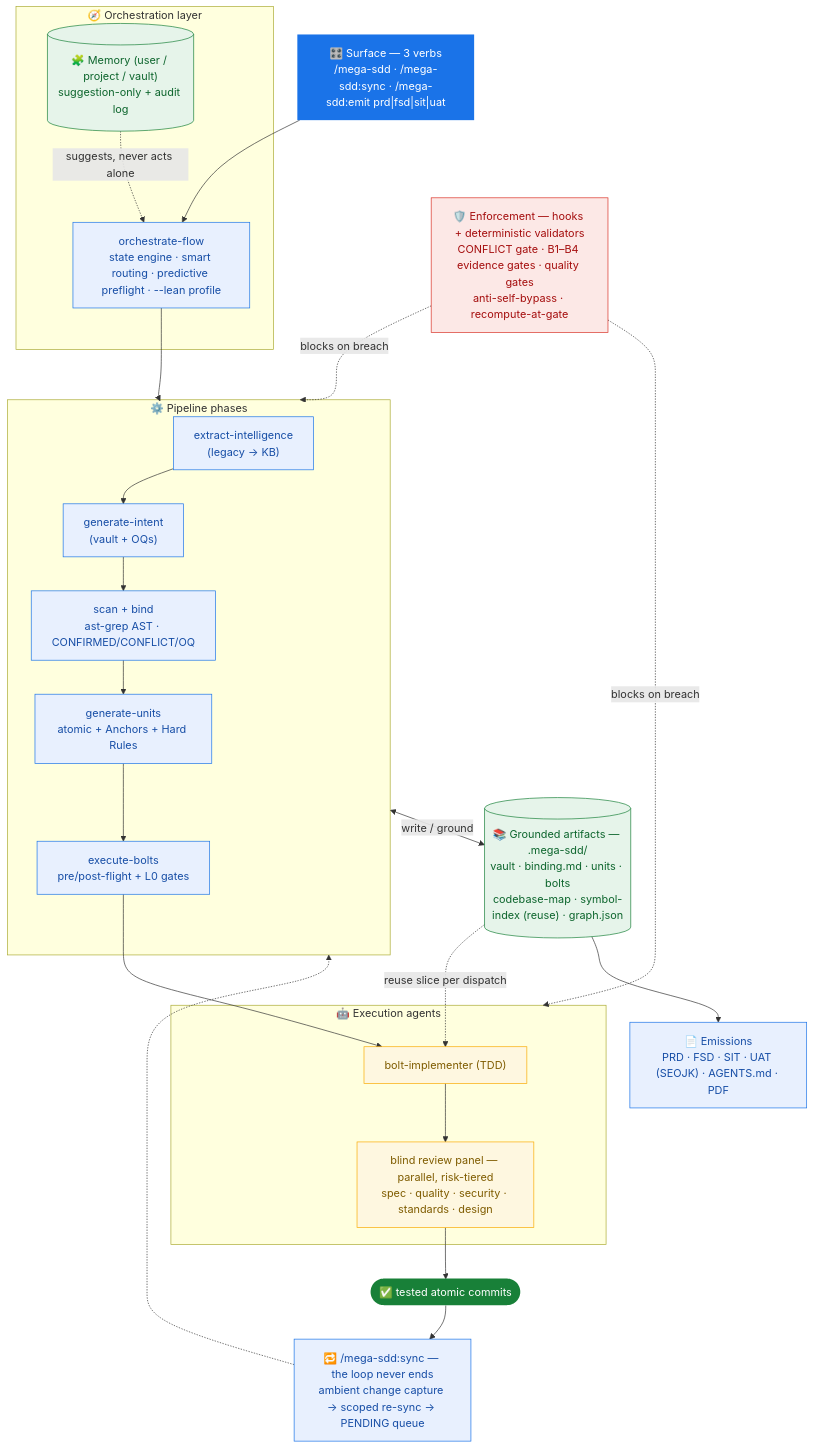
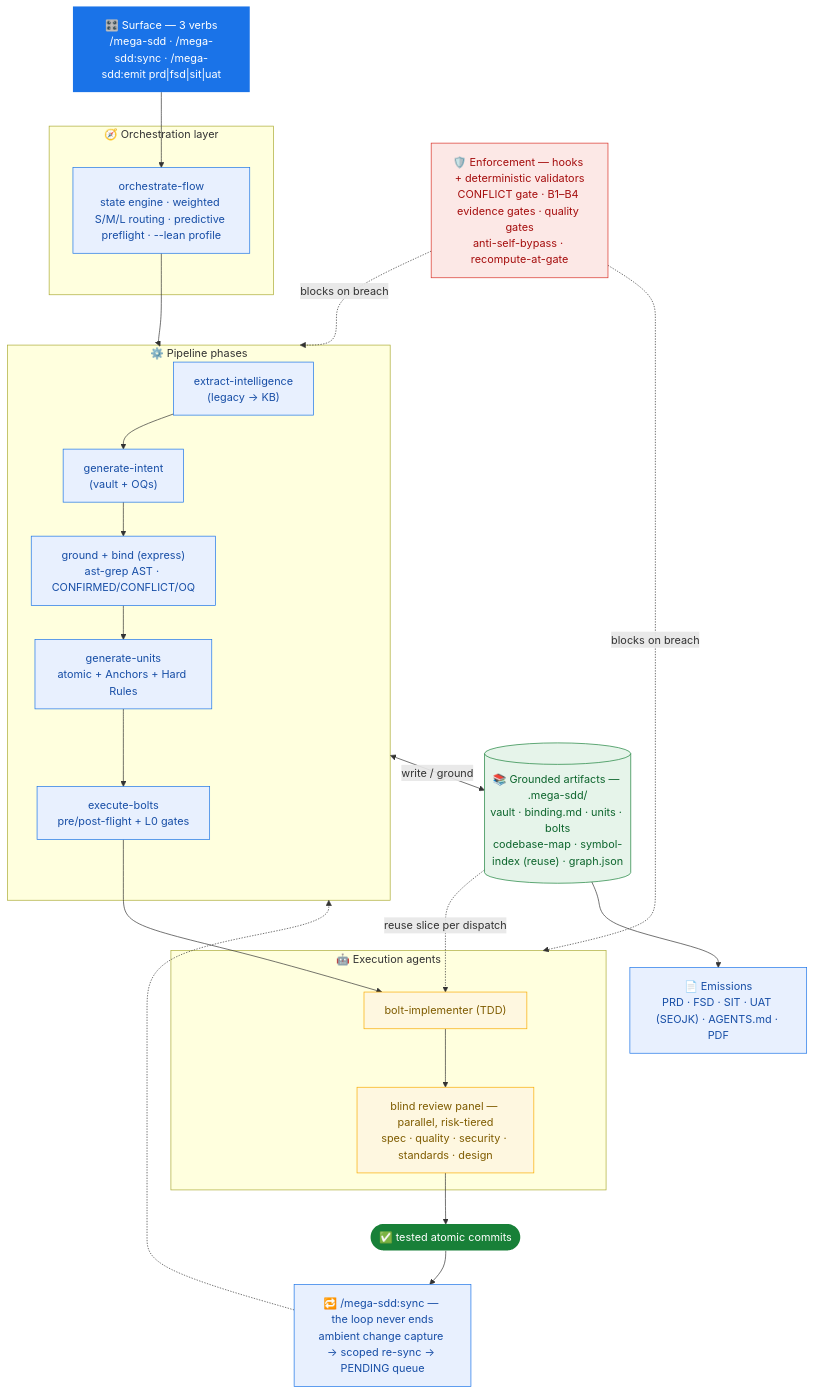
One commit to FarhanRiuzaki/Mega-SDD changed the diagram in README.md. Above: the diagram before and after it, drawn with Mermaid. The commit also changed other lines of this file, not shown here.

````diff
--- a/README.md
+++ b/README.md
@@ -181,43 +182,41 @@
 ```mermaid
 flowchart TB
     classDef surface fill:#1a73e8,color:#fff,stroke:none
     classDef phase fill:#e8f0fe,stroke:#1a73e8,color:#174ea6
     classDef agent fill:#fef7e0,stroke:#f9ab00,color:#7f5c00
     classDef art fill:#e6f4ea,stroke:#188038,color:#0d652d
     classDef moat fill:#fce8e6,stroke:#d93025,color:#a50e0e
     classDef out fill:#188038,color:#fff,stroke:none
 
     CMD["🎛️ Surface — 3 verbs<br/>/mega-sdd · /mega-sdd:sync · /mega-sdd:emit prd|fsd|sit|uat"]:::surface
 
     subgraph ORCH["🧭 Orchestration layer"]
-        OF["orchestrate-flow<br/>state engine · smart routing · predictive preflight · --lean profile"]:::phase
-        MEM[("🧩 Memory (user / project / vault)<br/>suggestion-only + audit log")]:::art
+        OF["orchestrate-flow<br/>state engine · weighted S/M/L routing · predictive preflight · --lean profile"]:::phase
     end
 
     subgraph PIPE["⚙️ Pipeline phases"]
         EXTRACT["extract-intelligence<br/>(legacy → KB)"]:::phase --> INTENT["generate-intent<br/>(vault + OQs)"]:::phase
-        INTENT --> GROUND["scan + bind<br/>ast-grep AST · CONFIRMED/CONFLICT/OQ"]:::phase
+        INTENT --> GROUND["ground + bind (express)<br/>ast-grep AST · CONFIRMED/CONFLICT/OQ"]:::phase
         GROUND --> UNITS["generate-units<br/>atomic + Anchors + Hard Rules"]:::phase --> BOLTS["execute-bolts<br/>pre/post-flight + L0 gates"]:::phase
     end
 
     subgraph EXEC["🤖 Execution agents"]
         IMPL["bolt-implementer (TDD)"]:::agent --> PANEL["blind review panel — parallel, risk-tiered<br/>spec · quality · security · standards · design"]:::agent
     end
 
     ART[("📚 Grounded artifacts — .mega-sdd/<br/>vault · binding.md · units · bolts<br/>codebase-map · symbol-index (reuse) · graph.json")]:::art
     MOAT["🛡️ Enforcement — hooks + deterministic validators<br/>CONFLICT gate · B1–B4 evidence gates · quality gates<br/>anti-self-bypass · recompute-at-gate"]:::moat
     DOCS["📄 Emissions<br/>PRD · FSD · SIT · UAT (SEOJK) · AGENTS.md · PDF"]:::phase
     OUT(["✅ tested atomic commits"]):::out
     SYNC["🔁 /mega-sdd:sync — the loop never ends<br/>ambient change capture → scoped re-sync → PENDING queue"]:::phase
 
     CMD --> OF --> PIPE
-    MEM -.suggests, never acts alone.-> OF
     BOLTS --> IMPL
     PANEL --> OUT
     PIPE <-->|write / ground| ART
     ART -.reuse slice per dispatch.-> IMPL
     MOAT -.blocks on breach.-> PIPE
     MOAT -.blocks on breach.-> EXEC
     ART --> DOCS
     OUT --> SYNC -.-> PIPE
 ```
````
